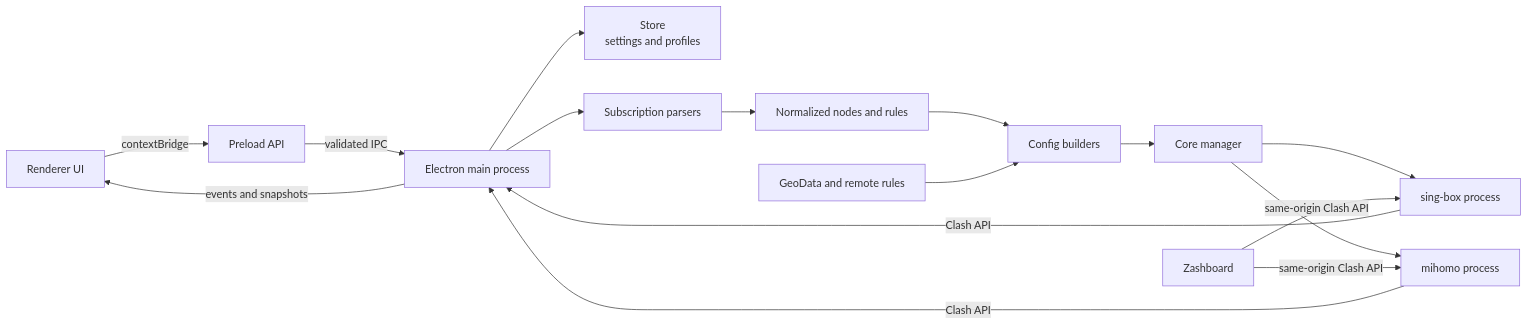
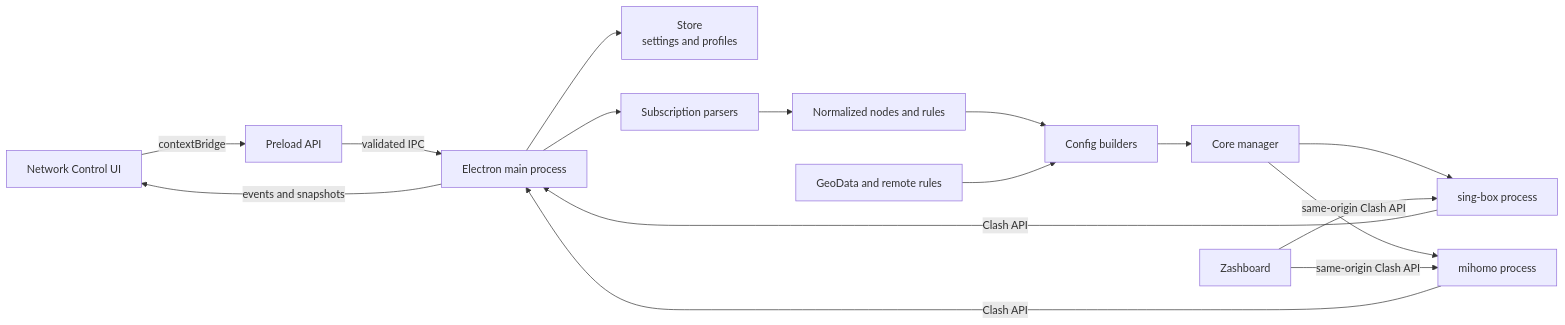
Before and after one commit to blakebill/dart: the first of 2 diagrams in README.md, drawn with Mermaid. The commit also changed other lines of this file and 49 other files, not shown here.

````diff
--- a/README.md
+++ b/README.md
@@ -25,22 +27,22 @@
 ```mermaid
 flowchart LR
-    UI["Renderer UI"] -->|"contextBridge"| PRELOAD["Preload API"]
+    UI["Network Control UI"] -->|"contextBridge"| PRELOAD["Preload API"]
     PRELOAD -->|"validated IPC"| MAIN["Electron main process"]
 
     MAIN --> STORE["Store\nsettings and profiles"]
     MAIN --> SUB["Subscription parsers"]
     SUB --> MODEL["Normalized nodes and rules"]
     MODEL --> CONVERT["Config builders"]
 
     CONVERT --> MANAGER["Core manager"]
     MANAGER --> SB["sing-box process"]
     MANAGER --> MH["mihomo process"]
 
     SB -->|"Clash API"| MAIN
     MH -->|"Clash API"| MAIN
     MAIN -->|"events and snapshots"| UI
 
     GEO["GeoData and remote rules"] --> CONVERT
     PANEL["Zashboard"] -->|"same-origin Clash API"| SB
     PANEL -->|"same-origin Clash API"| MH
 ```
````
